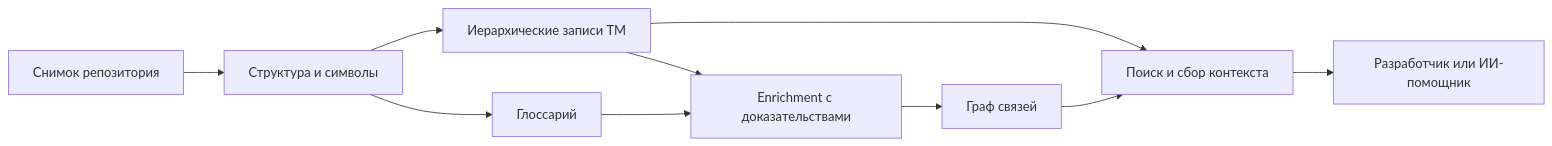
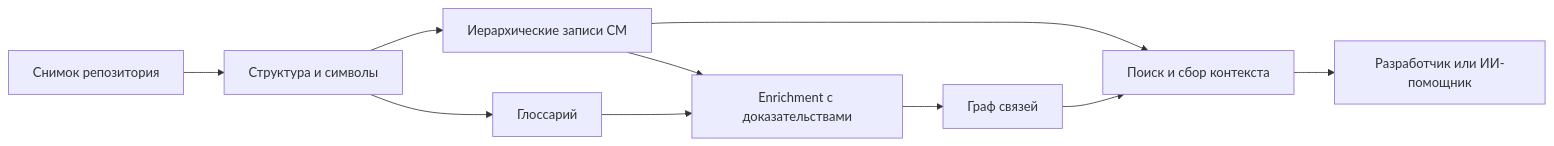
One commit to kobubu/Rag-Coding changed the diagram in README.md. Above: the diagram before and after it, drawn with Mermaid. The commit also changed other lines of this file and 34 other files, not shown here.

````diff
--- a/README.md
+++ b/README.md
@@ -19,12 +20,12 @@
 ```mermaid
 flowchart LR
     R[Снимок репозитория] --> S[Структура и символы]
-    S --> T[Иерархические записи ТМ]
+    S --> T[Иерархические записи CM]
     S --> G[Глоссарий]
     T --> E[Enrichment с доказательствами]
     G --> E
     E --> L[Граф связей]
     T --> Q[Поиск и сбор контекста]
     L --> Q
     Q --> U[Разработчик или ИИ-помощник]
 ```
````
